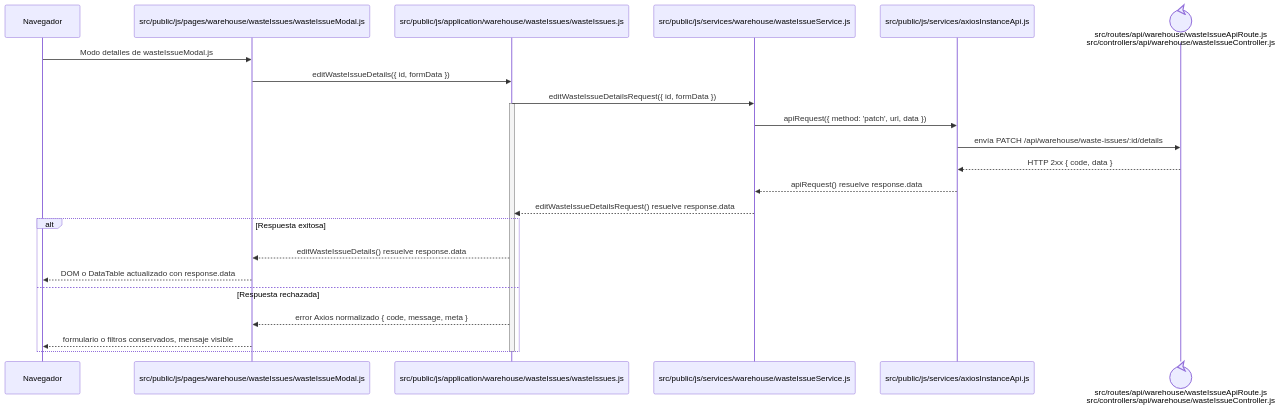
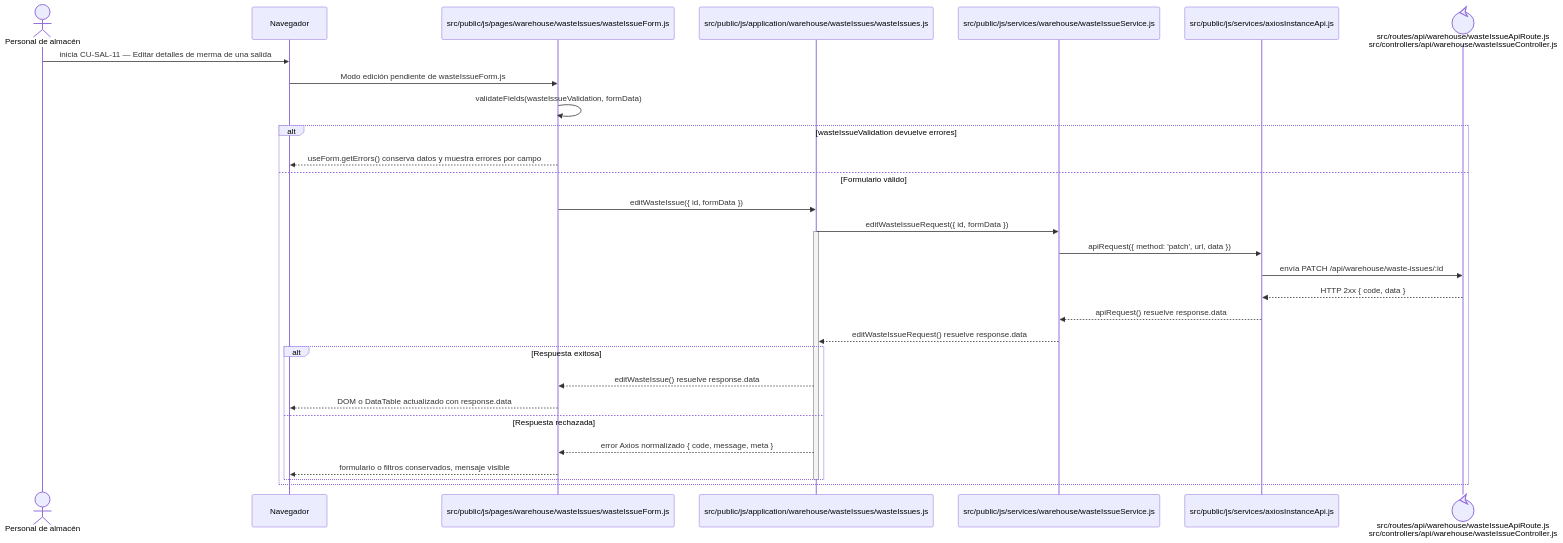
The diagram in docs/architecture/frontend-code-sequences/issues/cu-sal-11.md (gpgsistemas01/nexus), drawn with Mermaid before and after one commit. The commit also changed 105 other files, not shown here.

````diff
--- a/docs/architecture/frontend-code-sequences/issues/cu-sal-11.md
+++ b/docs/architecture/frontend-code-sequences/issues/cu-sal-11.md
@@ -6,27 +6,34 @@
 ```mermaid
 sequenceDiagram
+    actor Initiator as Personal de almacén
     participant Browser as Navegador
-    participant View as src/public/js/pages/warehouse/wasteIssues/wasteIssueModal.js
+    participant View as src/public/js/pages/warehouse/wasteIssues/wasteIssueForm.js
     participant Application as src/public/js/application/warehouse/wasteIssues/wasteIssues.js
     participant Request as src/public/js/services/warehouse/wasteIssueService.js
     participant HTTP as src/public/js/services/axiosInstanceApi.js
     participant Transport@{ "type": "control" } as src/routes/api/warehouse/wasteIssueApiRoute.js<br/>src/controllers/api/warehouse/wasteIssueController.js
 
-    Browser->>View: Modo detalles de wasteIssueModal.js
-    View->>Application: editWasteIssueDetails({ id, formData })
-    Application->>Request: editWasteIssueDetailsRequest({ id, formData })
-    activate Application
-    Request->>HTTP: apiRequest({ method: 'patch', url, data })
-    HTTP->>Transport: envía PATCH /api/warehouse/waste-issues/:id/details
-    Transport-->>HTTP: HTTP 2xx { code, data }
-    HTTP-->>Request: apiRequest() resuelve response.data
-    Request-->>Application: editWasteIssueDetailsRequest() resuelve response.data
-    alt Respuesta exitosa
-        Application-->>View: editWasteIssueDetails() resuelve response.data
-        View-->>Browser: DOM o DataTable actualizado con response.data
-    else Respuesta rechazada
-        Application-->>View: error Axios normalizado { code, message, meta }
-        View-->>Browser: formulario o filtros conservados, mensaje visible
+    Initiator->>Browser: inicia CU-SAL-11 — Editar detalles de merma de una salida
+    Browser->>View: Modo edición pendiente de wasteIssueForm.js
+    View->>View: validateFields(wasteIssueValidation, formData)
+    alt wasteIssueValidation devuelve errores
+        View-->>Browser: useForm.getErrors() conserva datos y muestra errores por campo
+    else Formulario válido
+        View->>Application: editWasteIssue({ id, formData })
+        Application->>Request: editWasteIssueRequest({ id, formData })
+        activate Application
+        Request->>HTTP: apiRequest({ method: 'patch', url, data })
+        HTTP->>Transport: envía PATCH /api/warehouse/waste-issues/:id
+        Transport-->>HTTP: HTTP 2xx { code, data }
+        HTTP-->>Request: apiRequest() resuelve response.data
+        Request-->>Application: editWasteIssueRequest() resuelve response.data
+        alt Respuesta exitosa
+            Application-->>View: editWasteIssue() resuelve response.data
+            View-->>Browser: DOM o DataTable actualizado con response.data
+        else Respuesta rechazada
+            Application-->>View: error Axios normalizado { code, message, meta }
+            View-->>Browser: formulario o filtros conservados, mensaje visible
+        end
+        deactivate Application
     end
-    deactivate Application
 ```
````
